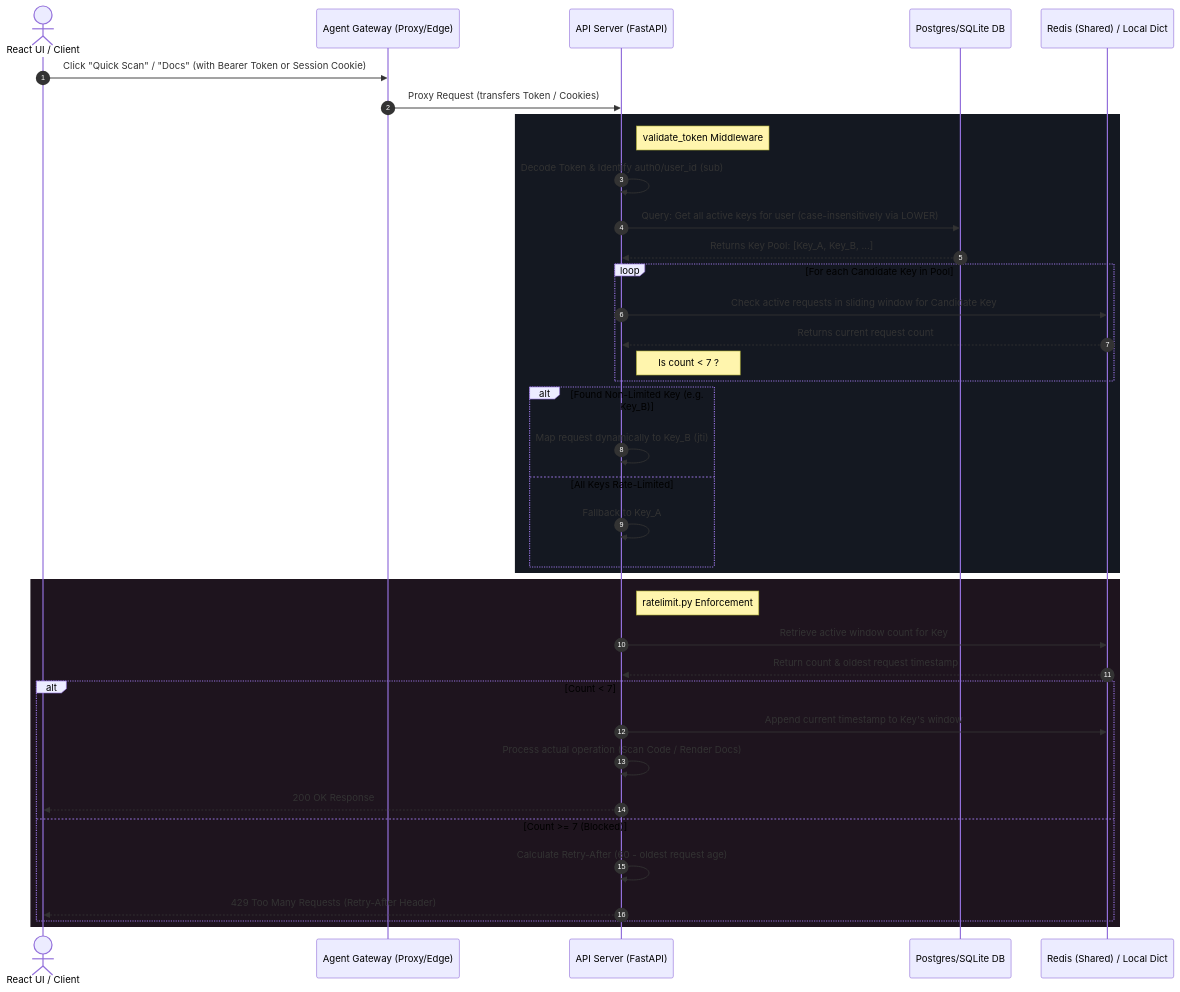
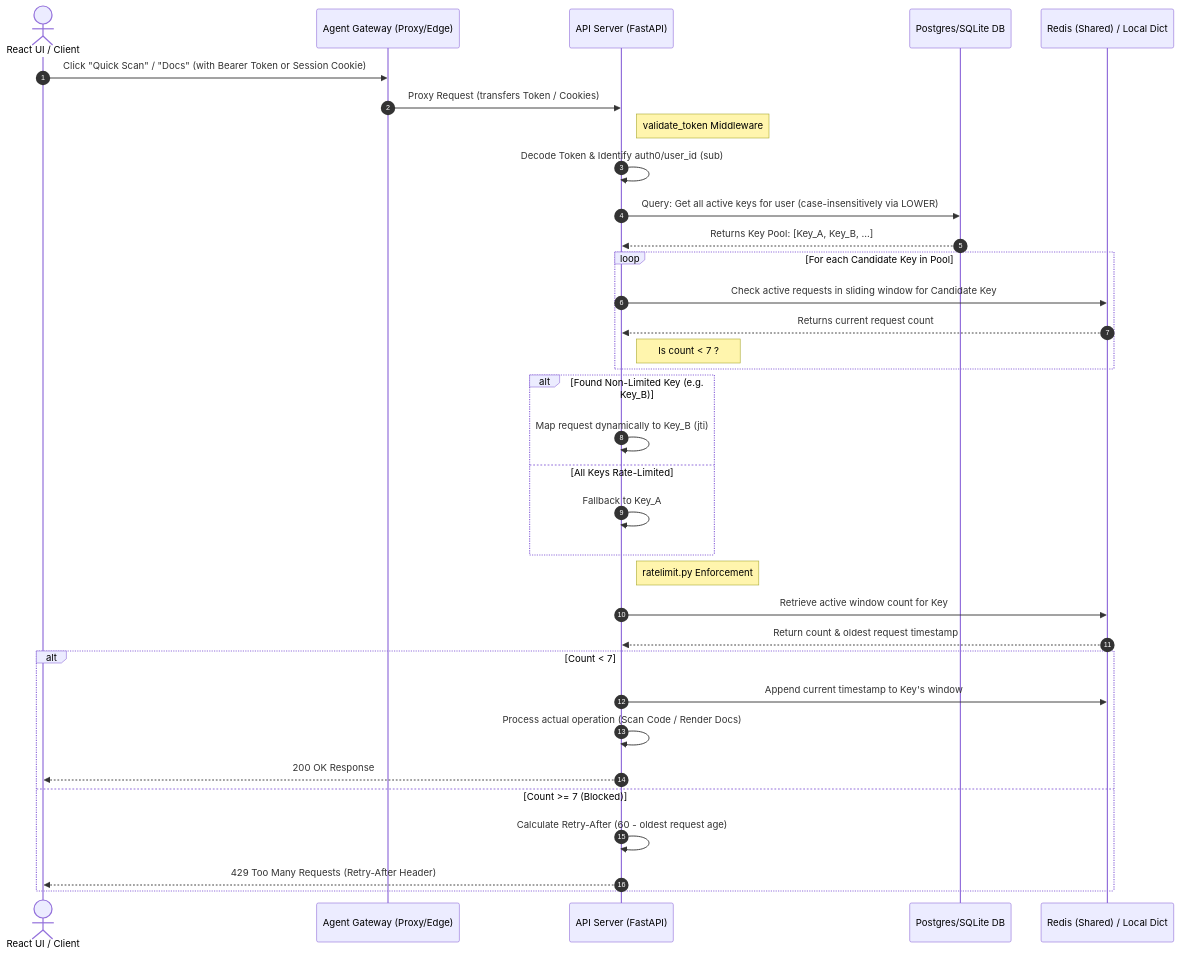
Before and after one commit to 01cloud/01-Sandbox: the diagram in docs/ratelimit.md, drawn with Mermaid. The commit also changed 1 other file, not shown here.

Commit message:
fix: ratelimit implementation

````diff
--- a/docs/ratelimit.md
+++ b/docs/ratelimit.md
@@ -17,47 +17,43 @@
 ```mermaid
 sequenceDiagram
     autonumber
     actor Developer as React UI / Client
     participant GW as Agent Gateway (Proxy/Edge)
     participant API as API Server (FastAPI)
     participant DB as Postgres/SQLite DB
     participant Cache as Redis (Shared) / Local Dict
 
     Developer->>GW: Click "Quick Scan" / "Docs" (with Bearer Token or Session Cookie)
     GW->>API: Proxy Request (transfers Token / Cookies)
     
-    rect rgb(20, 24, 33)
-        note right of API: validate_token Middleware
-        API->>API: Decode Token & Identify auth0/user_id (sub)
-        
-        API->>DB: Query: Get all active keys for user (case-insensitively via LOWER)
-        DB-->>API: Returns Key Pool: [Key_A, Key_B, ...]
-        
-        loop For each Candidate Key in Pool
-            API->>Cache: Check active requests in sliding window for Candidate Key
-            Cache-->>API: Returns current request count
-            note right of API: Is count < 7 ?
-        end
-        
-        alt Found Non-Limited Key (e.g. Key_B)
-            API->>API: Map request dynamically to Key_B (jti)
-        else All Keys Rate-Limited
-            API->>API: Fallback to Key_A
-        end
+    note right of API: validate_token Middleware
+    API->>API: Decode Token & Identify auth0/user_id (sub)
+    
+    API->>DB: Query: Get all active keys for user (case-insensitively via LOWER)
+    DB-->>API: Returns Key Pool: [Key_A, Key_B, ...]
+    
+    loop For each Candidate Key in Pool
+        API->>Cache: Check active requests in sliding window for Candidate Key
+        Cache-->>API: Returns current request count
+        note right of API: Is count < 7 ?
+    end
+    
+    alt Found Non-Limited Key (e.g. Key_B)
+        API->>API: Map request dynamically to Key_B (jti)
+    else All Keys Rate-Limited
+        API->>API: Fallback to Key_A
     end
 
-    rect rgb(30, 20, 30)
-        note right of API: ratelimit.py Enforcement
-        API->>Cache: Retrieve active window count for Key
-        Cache-->>API: Return count & oldest request timestamp
+    note right of API: ratelimit.py Enforcement
+    API->>Cache: Retrieve active window count for Key
+    Cache-->>API: Return count & oldest request timestamp
 
-        alt Count < 7
-            API->>Cache: Append current timestamp to Key's window
-            API->>API: Process actual operation (Scan Code / Render Docs)
-            API-->>Developer: 200 OK Response
-        else Count >= 7 (Blocked)
-            API->>API: Calculate Retry-After (60 - oldest request age)
-            API-->>Developer: 429 Too Many Requests (Retry-After Header)
-        end
+    alt Count < 7
+        API->>Cache: Append current timestamp to Key's window
+        API->>API: Process actual operation (Scan Code / Render Docs)
+        API-->>Developer: 200 OK Response
+    else Count >= 7 (Blocked)
+        API->>API: Calculate Retry-After (60 - oldest request age)
+        API-->>Developer: 429 Too Many Requests (Retry-After Header)
     end
 ```
````
